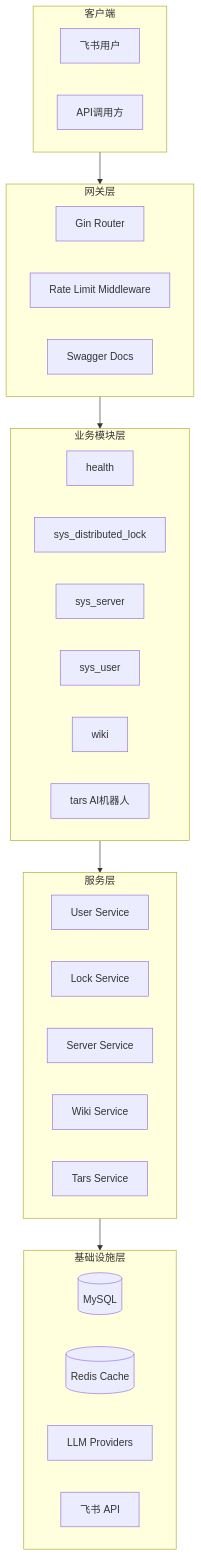
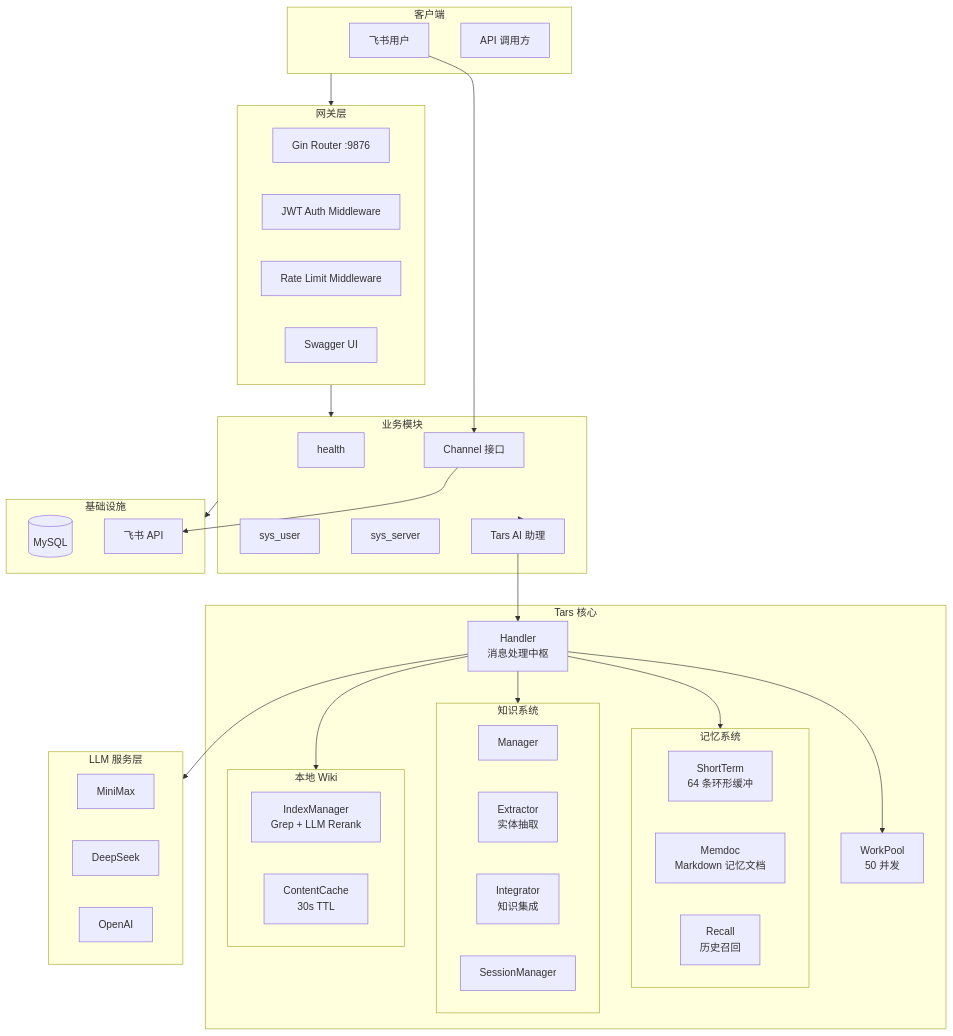
One commit to zetatez/assistant changed the first of 2 diagrams in docs/architecture.md. Above: the diagram before and after it, drawn with Mermaid. The commit also changed other lines of this file and 114 other files, not shown here.

````diff
--- a/docs/architecture.md
+++ b/docs/architecture.md
@@ -58,42 +62,66 @@
 ```mermaid
 flowchart TB
     subgraph Clients["客户端"]
-        C1[飞书用户]
-        C2[API调用方]
+        FeishuUser[飞书用户]
+        APIUser[API 调用方]
     end
 
     subgraph Gateway["网关层"]
-        G1[Gin Router]
-        G2[Rate Limit Middleware]
-        G3[Swagger Docs]
+        Gin[Gin Router :9876]
+        JWTAuth[JWT Auth Middleware]
+        RateLimit[Rate Limit Middleware]
+        Swagger[Swagger UI]
     end
 
-    subgraph Modules["业务模块层"]
-        M1[health]
-        M2[sys_distributed_lock]
-        M3[sys_server]
-        M4[sys_user]
-        M5[wiki]
-        M6[tars AI机器人]
+    subgraph Modules["业务模块"]
+        Health[health]
+        SysUser[sys_user]
+        SysServer[sys_server]
+        Tars[Tars AI 助理]
+        Channel[Channel 接口]
     end
 
-    subgraph Services["服务层"]
-        S1[User Service]
-        S2[Lock Service]
-        S3[Server Service]
-        S4[Wiki Service]
-        S5[Tars Service]
+    subgraph TarsCore["Tars 核心"]
+        Handler[Handler<br/>消息处理中枢]
+        WorkPool[WorkPool<br/>50 并发]
+        subgraph Memory["记忆系统"]
+            ShortTerm[ShortTerm<br/>64 条环形缓冲]
+            Memdoc[Memdoc<br/>Markdown 记忆文档]
+            Recall[Recall<br/>历史召回]
+        end
+        subgraph Knowledge["知识系统"]
+            KManager[Manager]
+            Extractor[Extractor<br/>实体抽取]
+            Integrator[Integrator<br/>知识集成]
+            SessionMgr[SessionManager]
+        end
+        subgraph Wiki["本地 Wiki"]
+            IndexMgr[IndexManager<br/>Grep + LLM Rerank]
+            Cache[ContentCache<br/>30s TTL]
+        end
     end
 
-    subgraph Infra["基础设施层"]
-        I1[(MySQL)]
-        I2[(Redis Cache)]
-        I3[LLM Providers]
-        I4[飞书 API]
+    subgraph LLM["LLM 服务层"]
+        MiniMax[MiniMax]
+        DeepSeek[DeepSeek]
+        OpenAI[OpenAI]
+    end
+
+    subgraph Infra["基础设施"]
+        MySQL[(MySQL)]
+        FeishuAPI[飞书 API]
     end
 
     Clients --> Gateway
     Gateway --> Modules
-    Modules --> Services
-    Services --> Infra
+    FeishuUser --> Channel
+    Channel --> FeishuAPI
+    Modules --> Tars
+    Tars --> Handler
+    Handler --> WorkPool
+    Handler --> Memory
+    Handler --> Knowledge
+    Handler --> Wiki
+    Handler --> LLM
+    Modules --> Infra
 ```
````
